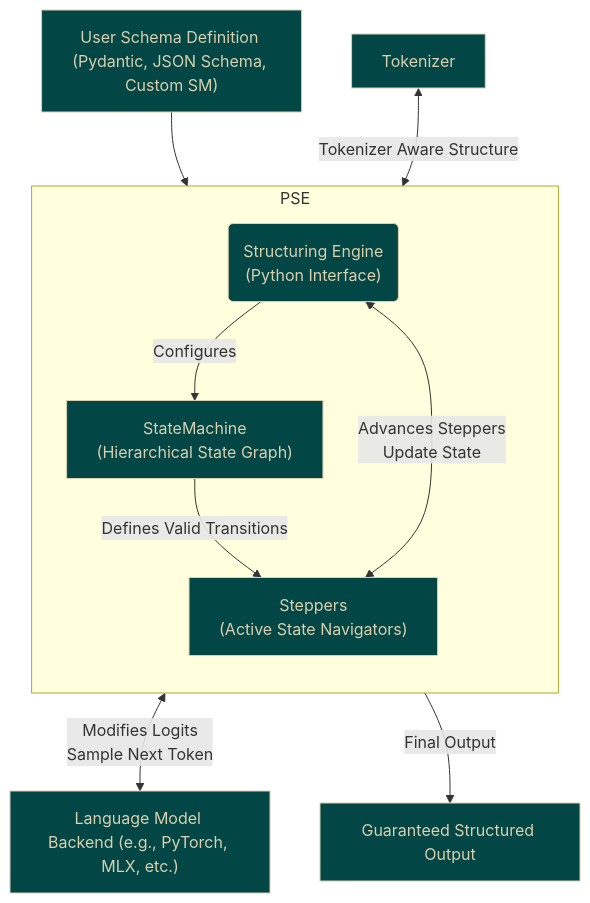
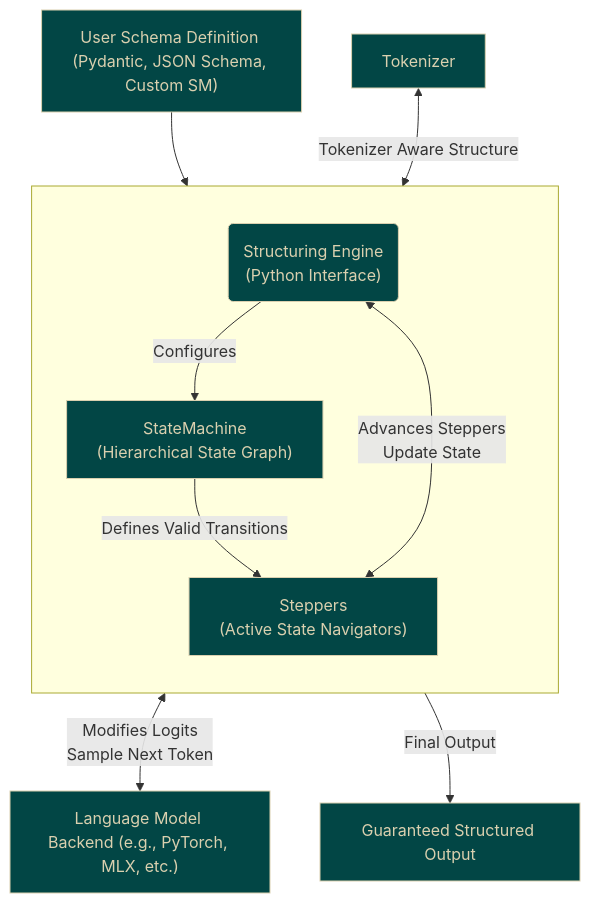
One commit to TheProxyCompany/proxy-technical-docs changed the diagram in pse-docs/docs/core-concepts/core-architecture.md. Above: the diagram before and after it, drawn with Mermaid. The commit also changed 4 other files, not shown here.

````diff
--- a/pse-docs/docs/core-concepts/core-architecture.md
+++ b/pse-docs/docs/core-concepts/core-architecture.md
@@ -5,25 +5,25 @@
 ```mermaid
 flowchart TD
     A["User Schema Definition (Pydantic, JSON Schema, Custom SM)"]
     B("Structuring Engine <br/> (Python Interface)")
     A --> B
     C["Language Model Backend (e.g., PyTorch, MLX, etc.)"]
     B <-- "Modifies Logits <br/> Sample Next Token" --> C
     D[Tokenizer] <-- Tokenizer Aware Structure --> B
 
-    subgraph PSE
+    subgraph PSE[" "]
         direction TB
         B -- Configures --> E["StateMachine <br/> (Hierarchical State Graph)"]
         E -- Defines Valid Transitions --> F["Steppers <br/> (Active State Navigators)"]
         B <-- "Advances Steppers <br/> Update State" --> F
     end
 
     F -- "Final Output" --> H["Guaranteed Structured Output"]
 
     class A,H terminal;
     class B,C,D,E,F state;
 
     classDef decision fill:#024645, stroke:#DAD0AF, border-color:#DAD0AF, color:#DAD0AF,shape:diamond;
     classDef state fill:#024645, stroke:#DAD0AF, border-color:#DAD0AF, color:#DAD0AF;
     classDef terminal fill:#024645, stroke:#DAD0AF, border-color:#DAD0AF, color:#DAD0AF,shape:stadium;
 ```
````
